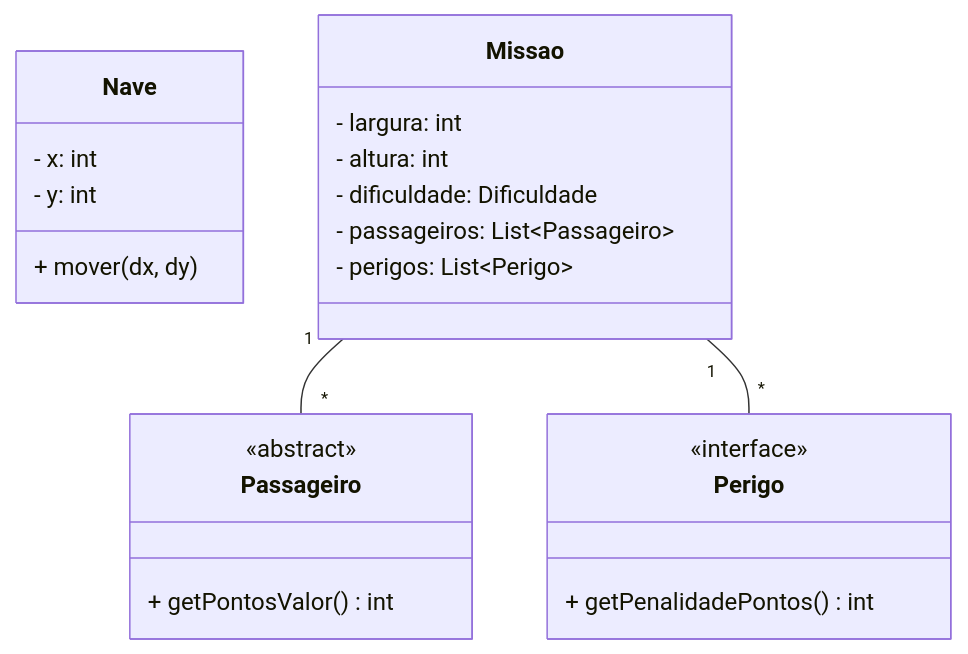
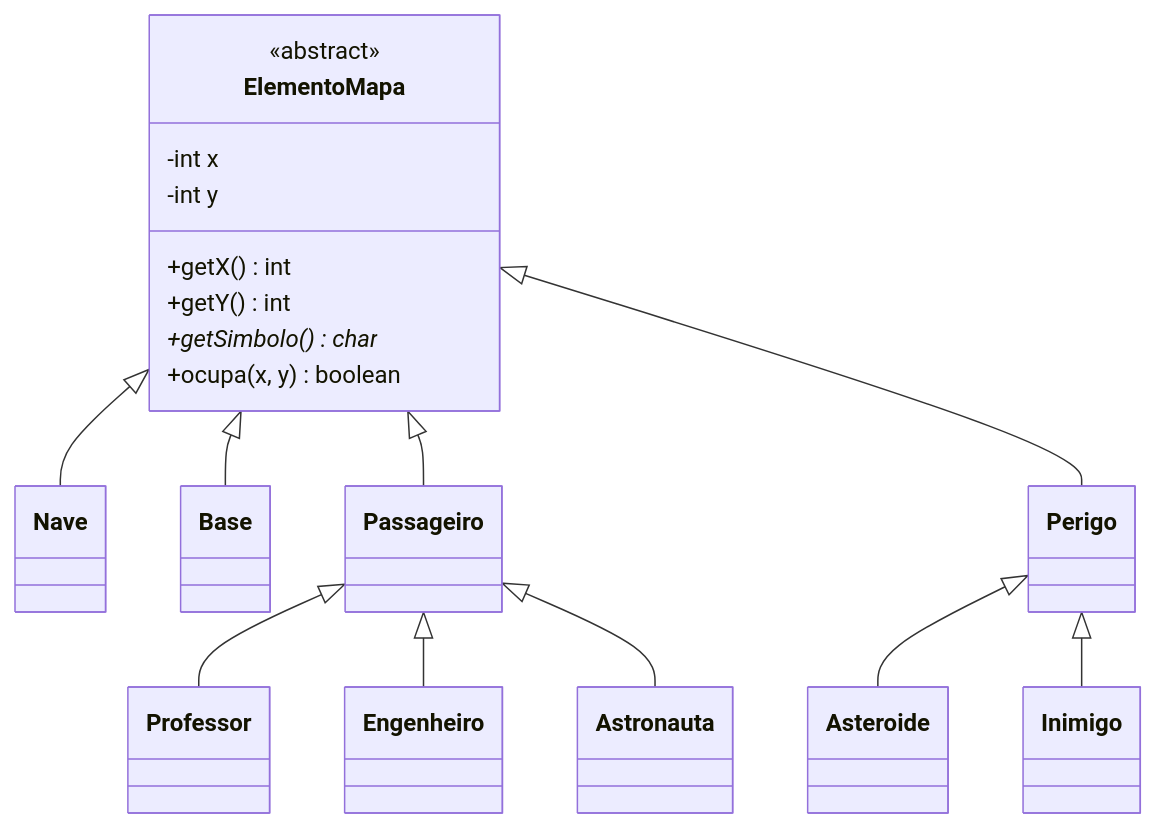
Before and after one commit to marcelobezerra-dotcom/T200-ProjArqSist: the diagram in missaoMarteUnifor/grasp/apostilas-grasp/introducao.md, drawn with Mermaid. The commit also changed other lines of this file and 75 other files, not shown here.

````diff
--- a/missaoMarteUnifor/grasp/apostilas-grasp/introducao.md
+++ b/missaoMarteUnifor/grasp/apostilas-grasp/introducao.md
@@ -63,29 +31,21 @@
 ```mermaid
 classDiagram
-  class Nave {
-    - x: int
-    - y: int
-    + mover(dx, dy)
-  }
-
-  class Missao {
-    - largura: int
-    - altura: int
-    - dificuldade: Dificuldade
-    - passageiros: List~Passageiro~
-    - perigos: List~Perigo~
-  }
-
-  class Passageiro {
-    <<abstract>>
-    + getPontosValor() int
-  }
-
-  class Perigo {
-    <<interface>>
-    + getPenalidadePontos() int
-  }
-
-  Missao "1" -- "*" Passageiro
-  Missao "1" -- "*" Perigo
+    ElementoMapa <|-- Nave
+    ElementoMapa <|-- Base
+    ElementoMapa <|-- Passageiro
+    ElementoMapa <|-- Perigo
+    Passageiro <|-- Professor
+    Passageiro <|-- Engenheiro
+    Passageiro <|-- Astronauta
+    Perigo <|-- Asteroide
+    Perigo <|-- Inimigo
+    class ElementoMapa {
+        <<abstract>>
+        -int x
+        -int y
+        +getX() int
+        +getY() int
+        +getSimbolo()* char
+        +ocupa(x, y) boolean
+    }
 ```
````
